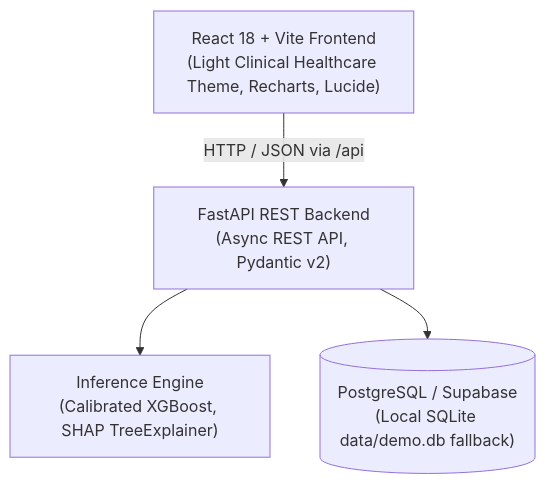
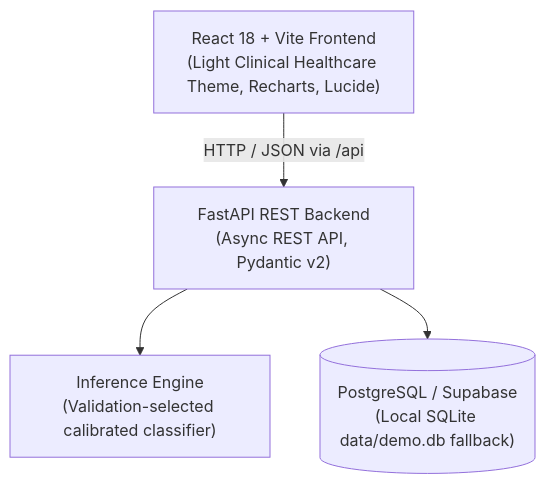
The diagram in README.md (HackFest-2026/Team-6B.5), drawn with Mermaid before and after one commit. The commit also changed other lines of this file and 18 other files, not shown here.

````diff
--- a/README.md
+++ b/README.md
@@ -24,11 +24,11 @@
 ```mermaid
 graph TD
     Client["React 18 + Vite Frontend<br/>(Light Clinical Healthcare Theme, Recharts, Lucide)"]
     FastAPI["FastAPI REST Backend<br/>(Async REST API, Pydantic v2)"]
-    Inference["Inference Engine<br/>(Calibrated XGBoost, SHAP TreeExplainer)"]
+    Inference["Inference Engine<br/>(Validation-selected calibrated classifier)"]
     DB[("PostgreSQL / Supabase<br/>(Local SQLite data/demo.db fallback)")]
 
     Client -->|HTTP / JSON via /api| FastAPI
     FastAPI --> Inference
     FastAPI --> DB
 ```
````
